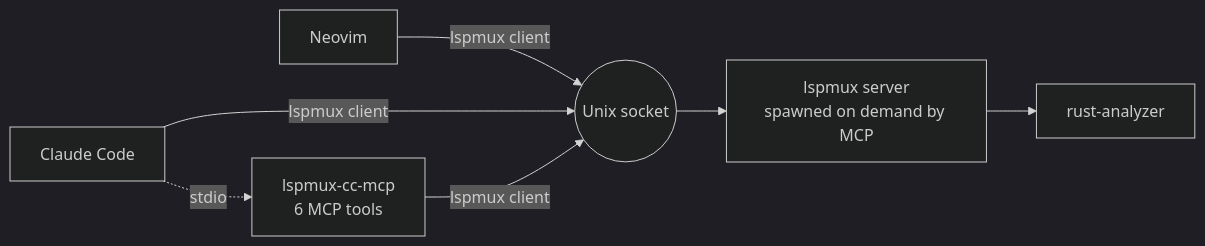
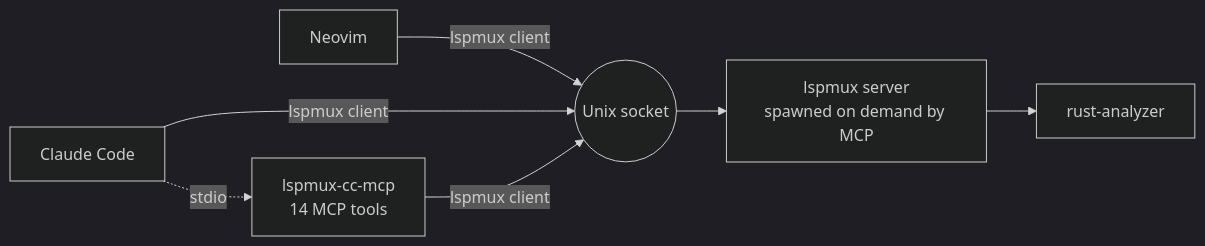
The diagram in README.md (billf/lspmux-cc), drawn with Mermaid (dark theme) before and after one commit. The commit also changed 6 other files, not shown here.

````diff
--- a/README.md
+++ b/README.md
@@ -9,9 +9,9 @@
 ```mermaid
 graph LR
     NV[Neovim] -- lspmux client --> S
     CC[Claude Code] -- lspmux client --> S
-    CC -. stdio .-> MCP[lspmux-cc-mcp<br/>6 MCP tools]
+    CC -. stdio .-> MCP[lspmux-cc-mcp<br/>14 MCP tools]
     MCP -- lspmux client --> S
     S((Unix socket)) --> LS[lspmux server<br/>spawned on demand by MCP]
     LS --> RA[rust-analyzer]
 ```
````
